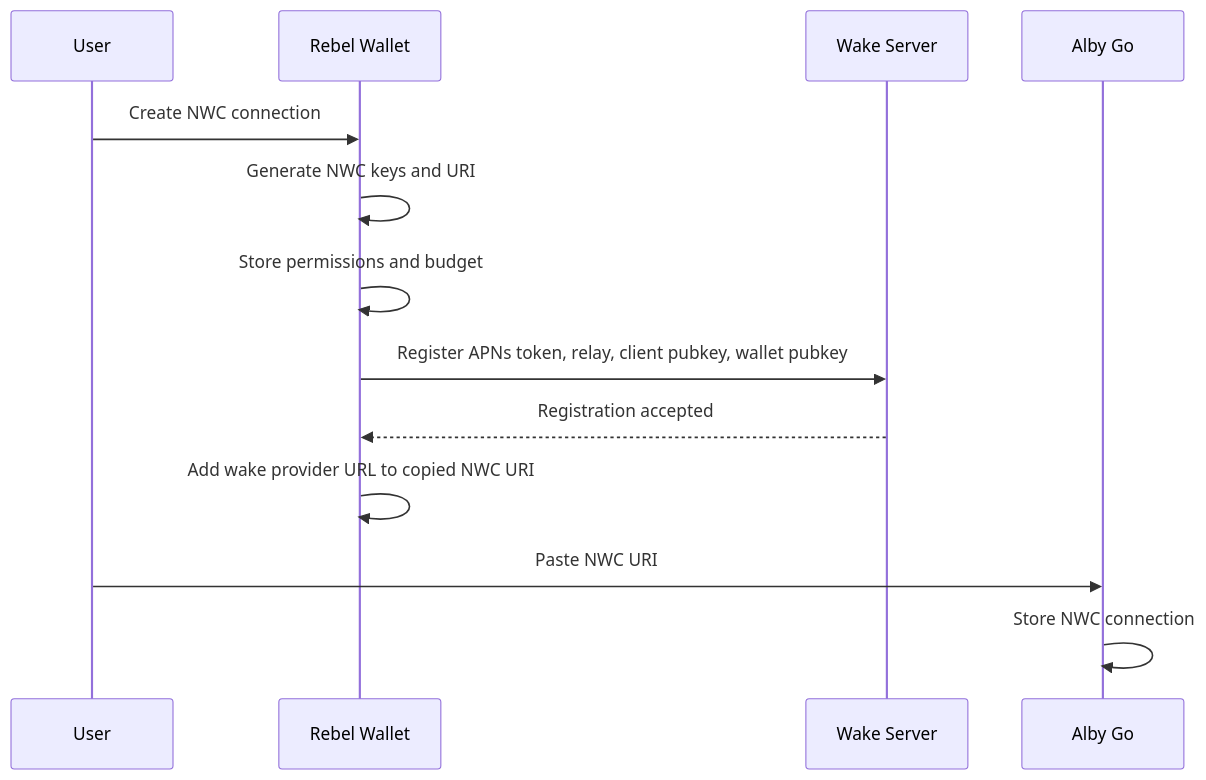
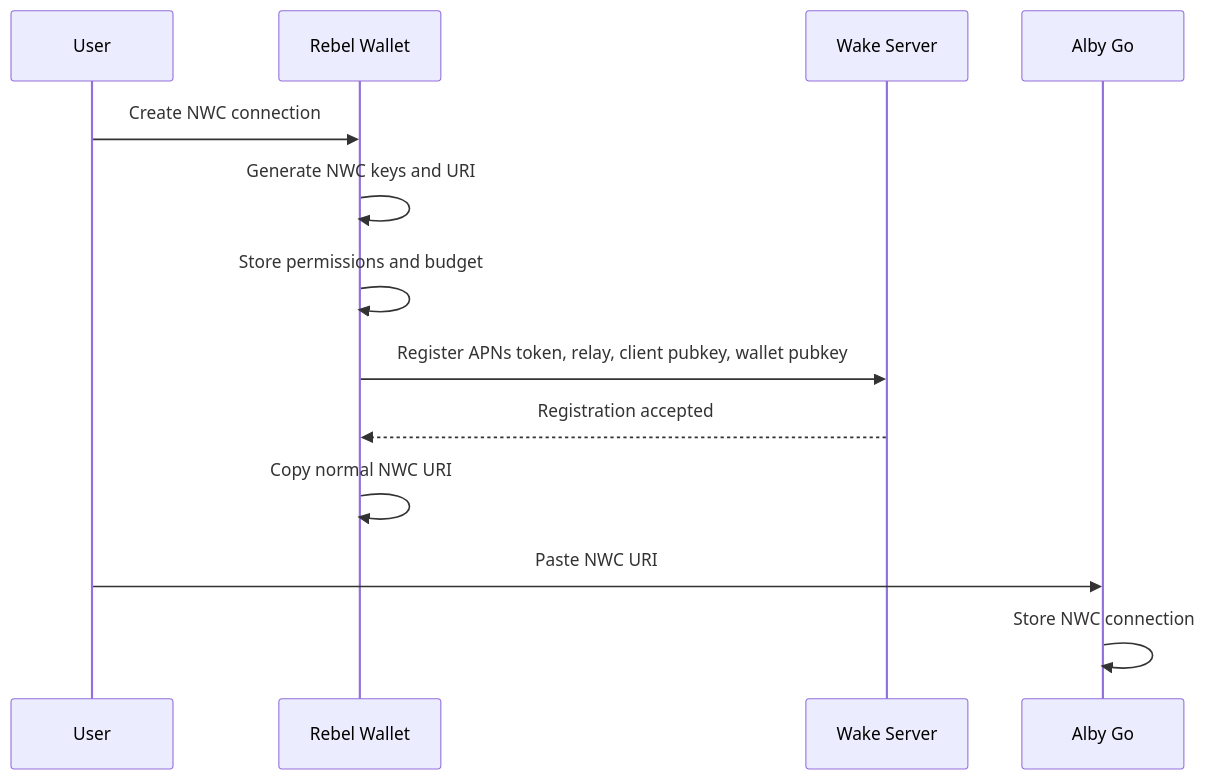
One commit to ntheile/nwc-wake-spec changed the first of 3 diagrams in nwc-wake-spec.md. Above: the diagram before and after it, drawn with Mermaid. The commit also changed other lines of this file, not shown here.

````diff
--- a/nwc-wake-spec.md
+++ b/nwc-wake-spec.md
@@ -98,16 +79,16 @@
 ```mermaid
 sequenceDiagram
     participant User
     participant Rebel as Rebel Wallet
     participant Wake as Wake Server
     participant Alby as Alby Go
 
     User->>Rebel: Create NWC connection
     Rebel->>Rebel: Generate NWC keys and URI
     Rebel->>Rebel: Store permissions and budget
     Rebel->>Wake: Register APNs token, relay, client pubkey, wallet pubkey
     Wake-->>Rebel: Registration accepted
-    Rebel->>Rebel: Add wake provider URL to copied NWC URI
+    Rebel->>Rebel: Copy normal NWC URI
     User->>Alby: Paste NWC URI
     Alby->>Alby: Store NWC connection
 ```
````
